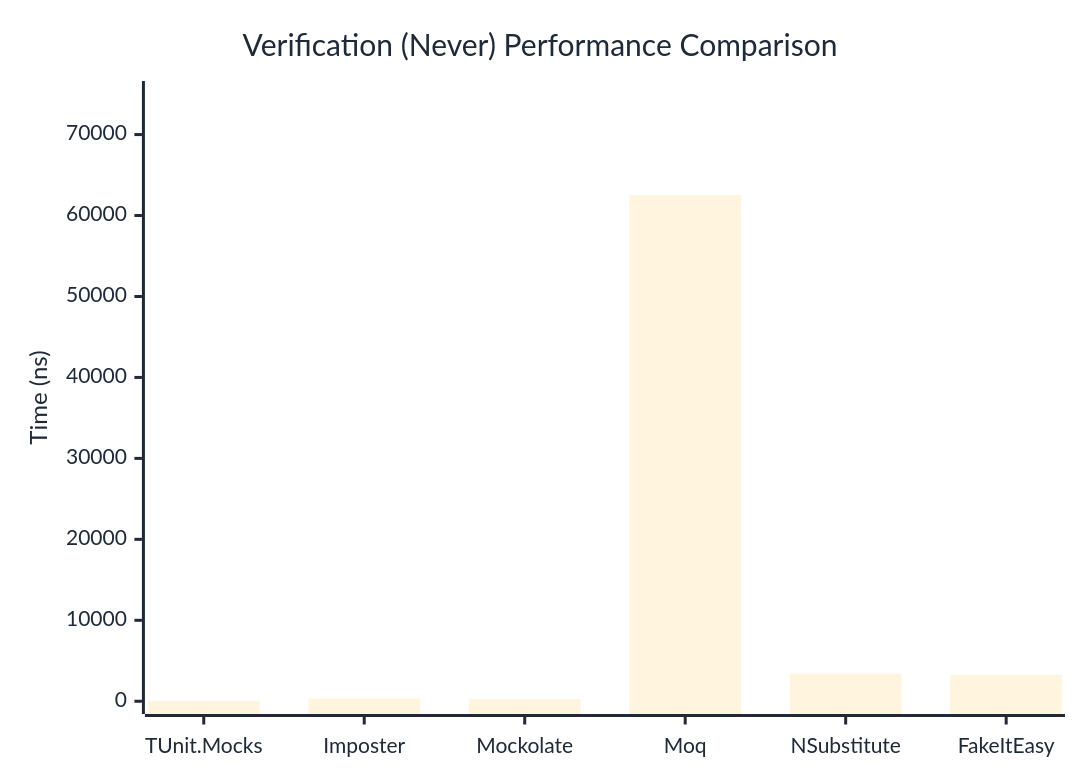
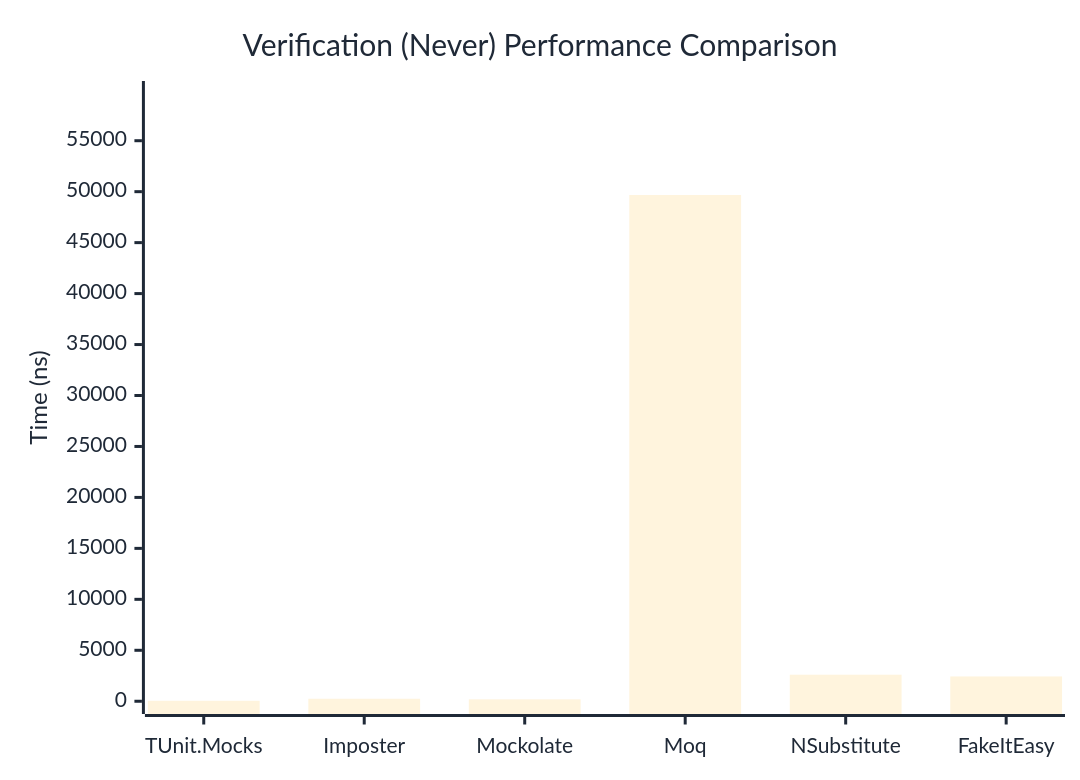
One commit to thomhurst/TUnit changed the second of 3 diagrams in docs/docs/benchmarks/mocks/Verification.md. Above: the diagram before and after it, drawn with Mermaid. The commit also changed other lines of this file and 14 other files, not shown here.

````diff
--- a/docs/docs/benchmarks/mocks/Verification.md
+++ b/docs/docs/benchmarks/mocks/Verification.md
@@ -71,27 +71,27 @@
 ```mermaid
 %%{init: {
   'theme':'base',
   'themeVariables': {
     'primaryColor': '#2563eb',
     'primaryTextColor': '#1f2937',
     'primaryBorderColor': '#1e40af',
     'lineColor': '#6b7280',
     'secondaryColor': '#7c3aed',
     'tertiaryColor': '#dc2626',
     'background': '#ffffff',
     'pie1': '#2563eb',
     'pie2': '#7c3aed',
     'pie3': '#dc2626',
     'pie4': '#f59e0b',
     'pie5': '#10b981',
     'pie6': '#06b6d4',
     'pie7': '#ec4899',
     'pie8': '#6366f1'
   }
 }}%%
 xychart-beta
   title "Verification (Never) Performance Comparison"
   x-axis ["TUnit.Mocks", "Imposter", "Mockolate", "Moq", "NSubstitute", "FakeItEasy"]
-  y-axis "Time (ns)" 0 --> 75043
-  bar [54.24, 334.74, 249.12, 62535.7, 3415.97, 3264.59]
+  y-axis "Time (ns)" 0 --> 59608
+  bar [44.65, 245.21, 188.66, 49673.29, 2605.87, 2434.96]
 ```
````
